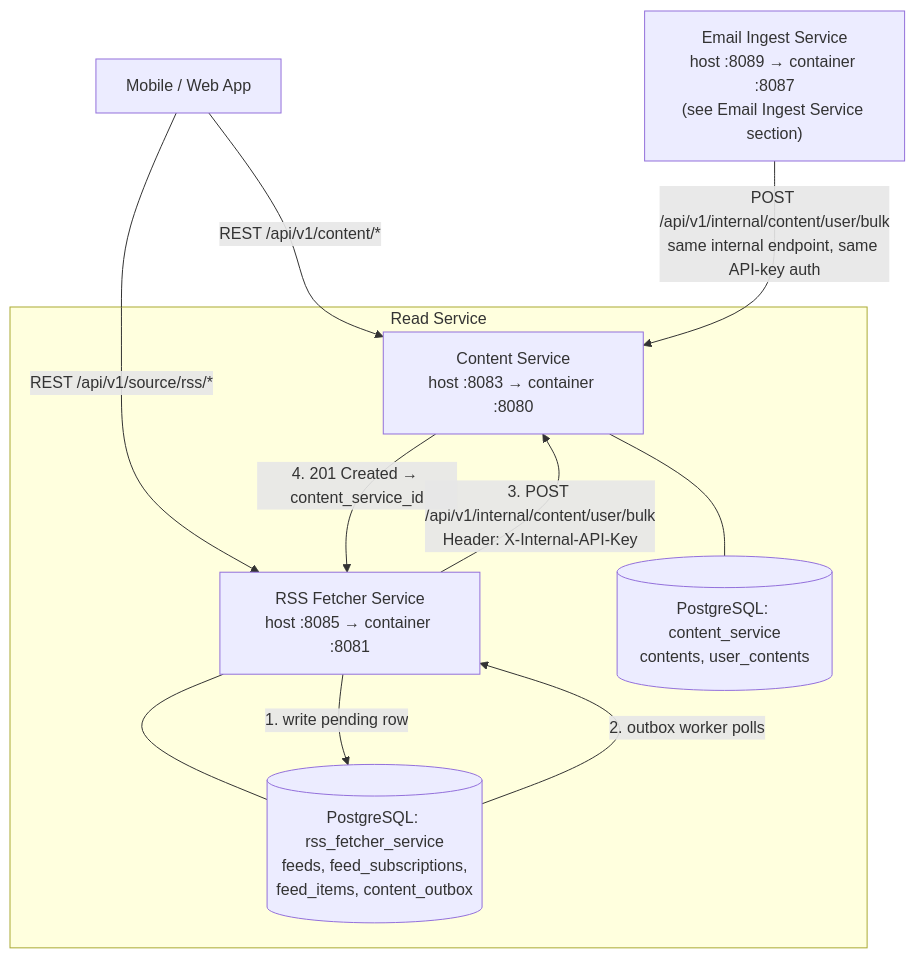
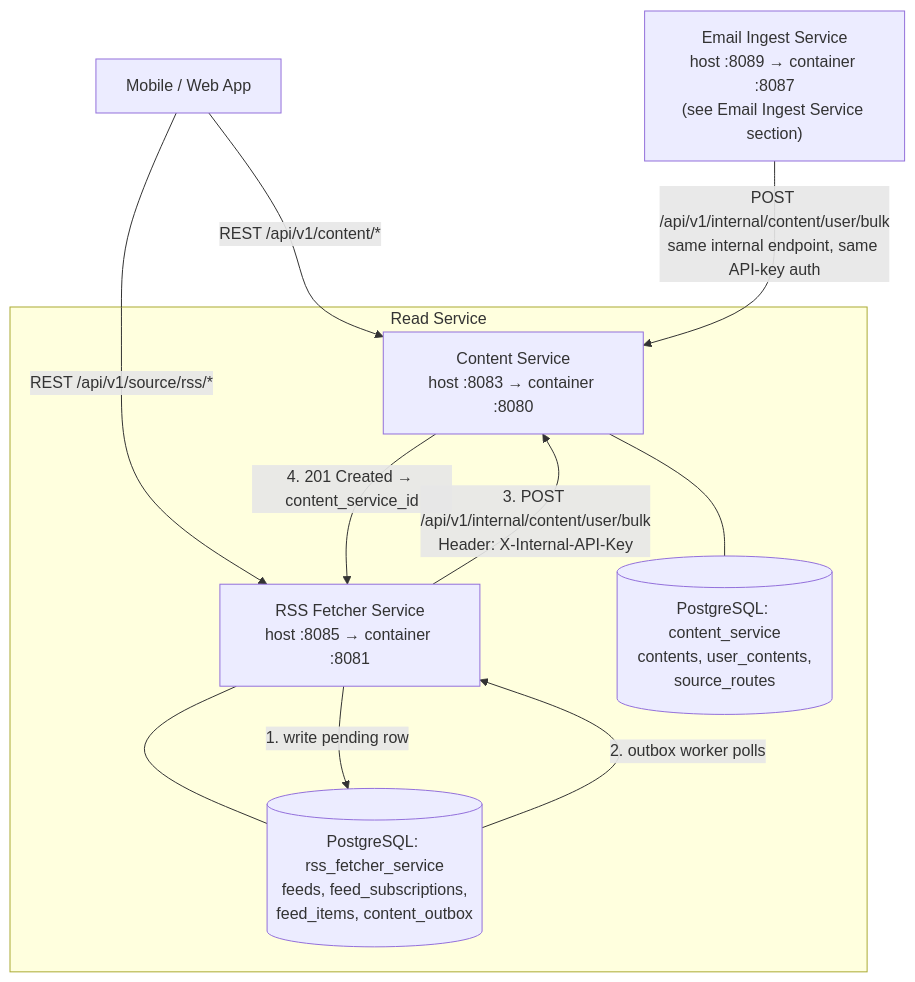
The seventh of 8 diagrams in docs/ARCHITECTURE.md (andrew-craig/cairn-reader), drawn with Mermaid before and after one commit. The commit also changed other lines of this file and 24 other files, not shown here.

````diff
--- a/docs/ARCHITECTURE.md
+++ b/docs/ARCHITECTURE.md
@@ -1101,22 +680,22 @@
 ```mermaid
 flowchart TB
     Mobile["Mobile / Web App"] -->|"REST /api/v1/content/*"| CS
     Mobile -->|"REST /api/v1/source/rss/*"| RSS
 
     subgraph ReadService["Read Service"]
         CS["Content Service<br/>host :8083 → container :8080"]
         RSS["RSS Fetcher Service<br/>host :8085 → container :8081"]
-        CSDB[("PostgreSQL: content_service<br/>contents, user_contents")]
+        CSDB[("PostgreSQL: content_service<br/>contents, user_contents,<br/>source_routes")]
         RSSDB[("PostgreSQL: rss_fetcher_service<br/>feeds, feed_subscriptions,<br/>feed_items, content_outbox")]
 
         CS --- CSDB
         RSS --- RSSDB
         RSS -->|"1. write pending row"| RSSDB
         RSSDB -->|"2. outbox worker polls"| RSS
         RSS -->|"3. POST /api/v1/internal/content/user/bulk<br/>Header: X-Internal-API-Key"| CS
         CS -->|"4. 201 Created → content_service_id"| RSS
     end
 
     EmailIngest["Email Ingest Service<br/>host :8089 → container :8087<br/>(see Email Ingest Service section)"]
     EmailIngest -->|"POST /api/v1/internal/content/user/bulk<br/>same internal endpoint, same API-key auth"| CS
 ```
````
